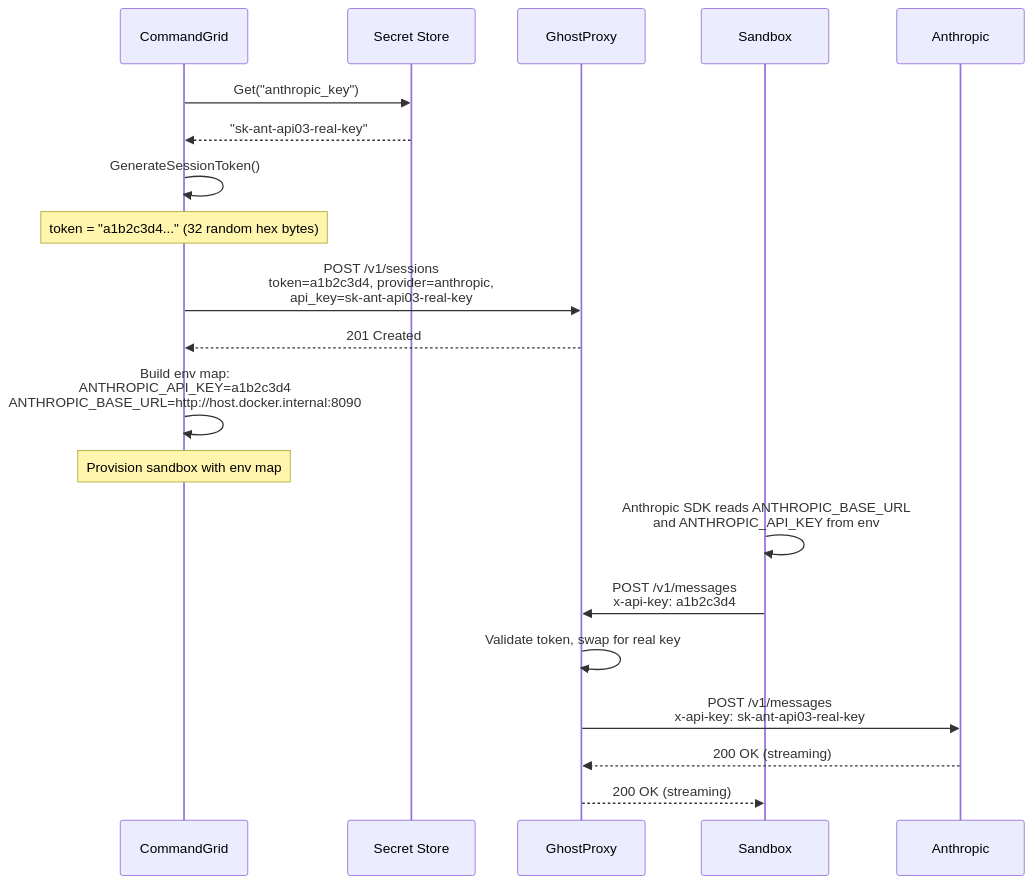
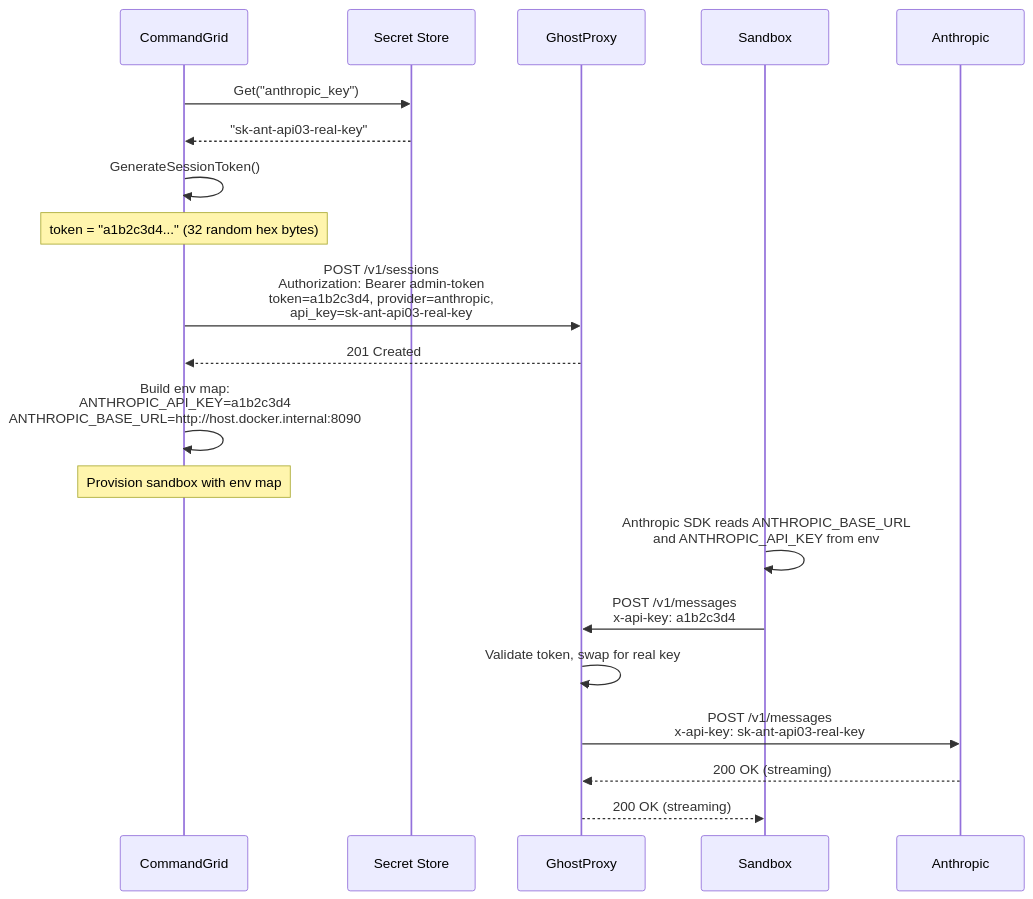
Before and after one commit to Travbz/CommandGrid: the third of 3 diagrams in docs/credentials.md, drawn with Mermaid. The commit also changed other lines of this file and 3 other files, not shown here.

First line of the commit message:
feat!: require proxy admin auth for session registration and teardown revocation

````diff
--- a/docs/credentials.md
+++ b/docs/credentials.md
@@ -51,29 +51,29 @@
 ```mermaid
 sequenceDiagram
     participant CP as CommandGrid
     participant Store as Secret Store
     participant Proxy as GhostProxy
     participant Sandbox as Sandbox
     participant LLM as Anthropic
 
     CP->>Store: Get("anthropic_key")
     Store-->>CP: "sk-ant-api03-real-key"
 
     CP->>CP: GenerateSessionToken()
     Note over CP: token = "a1b2c3d4..." (32 random hex bytes)
 
-    CP->>Proxy: POST /v1/sessions<br/>token=a1b2c3d4, provider=anthropic,<br/>api_key=sk-ant-api03-real-key
+    CP->>Proxy: POST /v1/sessions<br/>Authorization: Bearer admin-token<br/>token=a1b2c3d4, provider=anthropic,<br/>api_key=sk-ant-api03-real-key
     Proxy-->>CP: 201 Created
 
     CP->>CP: Build env map:<br/>ANTHROPIC_API_KEY=a1b2c3d4<br/>ANTHROPIC_BASE_URL=http://host.docker.internal:8090
 
     Note over CP: Provision sandbox with env map
 
     Sandbox->>Sandbox: Anthropic SDK reads ANTHROPIC_BASE_URL<br/>and ANTHROPIC_API_KEY from env
 
     Sandbox->>Proxy: POST /v1/messages<br/>x-api-key: a1b2c3d4
     Proxy->>Proxy: Validate token, swap for real key
     Proxy->>LLM: POST /v1/messages<br/>x-api-key: sk-ant-api03-real-key
     LLM-->>Proxy: 200 OK (streaming)
     Proxy-->>Sandbox: 200 OK (streaming)
 ```
````
